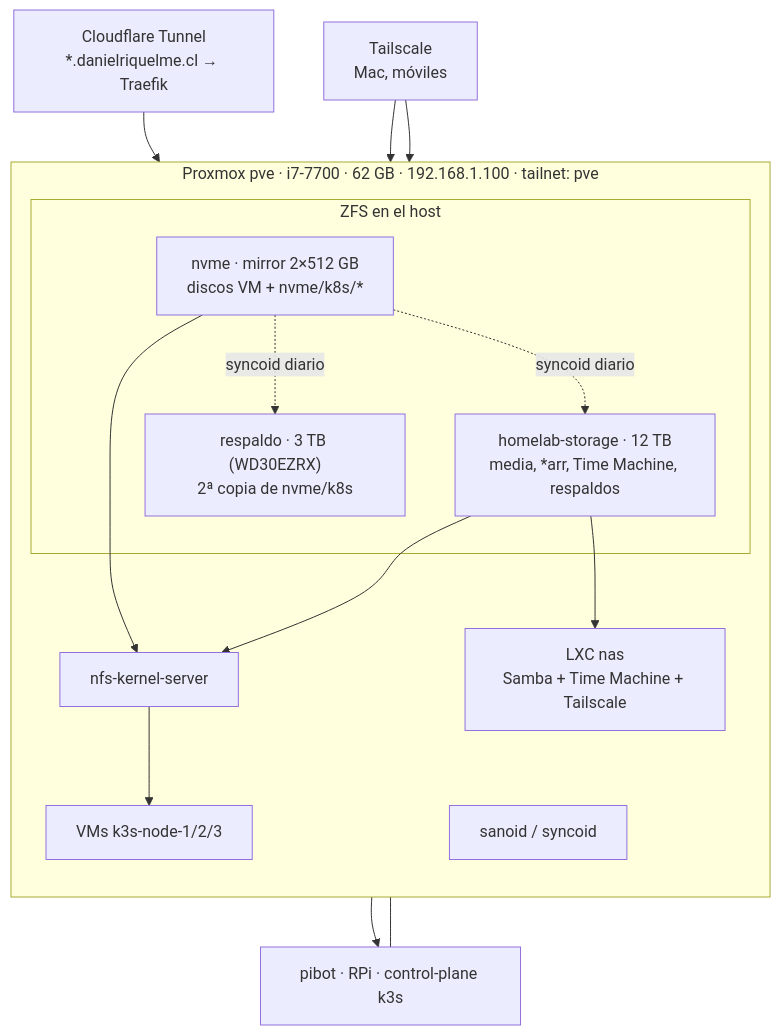
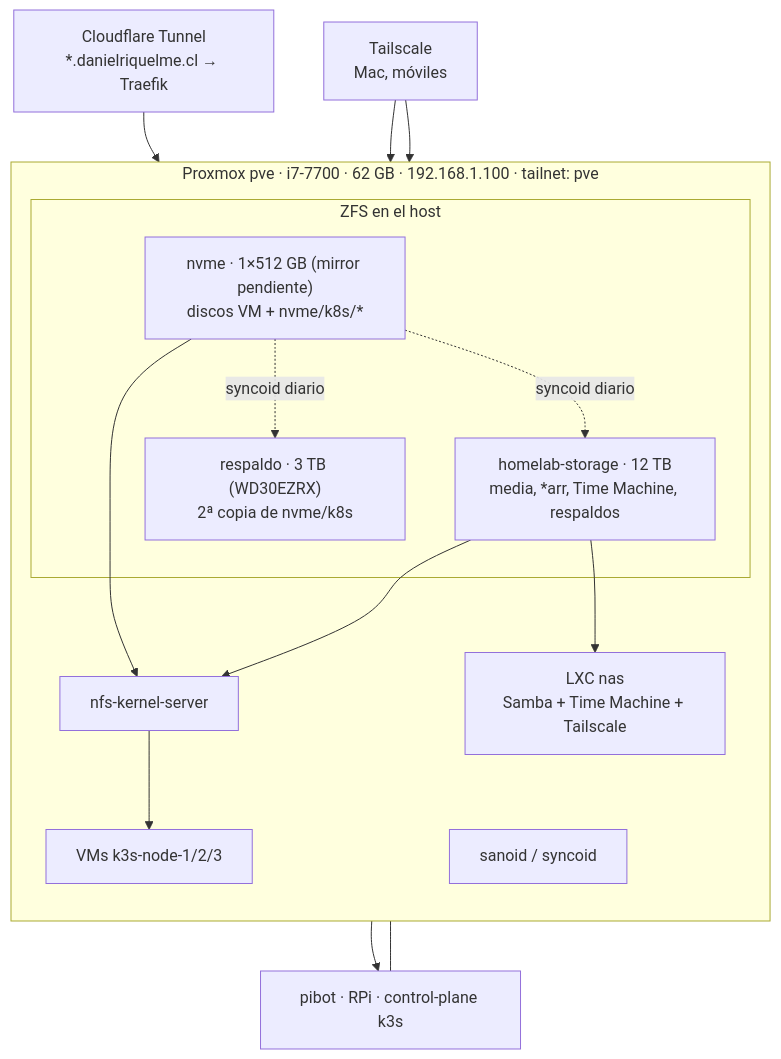
The diagram in docs/ARQUITECTURA.md (koshiro/homelab-config), drawn with Mermaid before and after one commit. The commit also changed other lines of this file and 10 other files, not shown here.

````diff
--- a/docs/ARQUITECTURA.md
+++ b/docs/ARQUITECTURA.md
@@ -16,30 +16,30 @@
 ```mermaid
 flowchart TB
   subgraph PVE["Proxmox pve · i7-7700 · 62 GB · 192.168.1.100 · tailnet: pve"]
     direction TB
     subgraph POOLS["ZFS en el host"]
-      NVME["nvme · mirror 2×512 GB<br/>discos VM + nvme/k8s/*"]
+      NVME["nvme · 1×512 GB (mirror pendiente)<br/>discos VM + nvme/k8s/*"]
       BULK["homelab-storage · 12 TB<br/>media, *arr, Time Machine, respaldos"]
       RESP["respaldo · 3 TB (WD30EZRX)<br/>2ª copia de nvme/k8s"]
     end
     NFS["nfs-kernel-server"]
     SAN["sanoid / syncoid"]
     NAS["LXC nas<br/>Samba + Time Machine + Tailscale"]
     VMS["VMs k3s-node-1/2/3"]
   end
   PI["pibot · RPi · control-plane k3s"]
   CF["Cloudflare Tunnel<br/>*.danielriquelme.cl → Traefik"]
   TS["Tailscale<br/>Mac, móviles"]
 
   NVME --> NFS
   BULK --> NFS
   NVME -. syncoid diario .-> BULK
   NVME -. syncoid diario .-> RESP
   BULK --> NAS
   NFS --> VMS
   NFS --> PI
   VMS --- PI
   CF --> VMS
   TS --> NAS
   TS --> VMS
 ```
````
